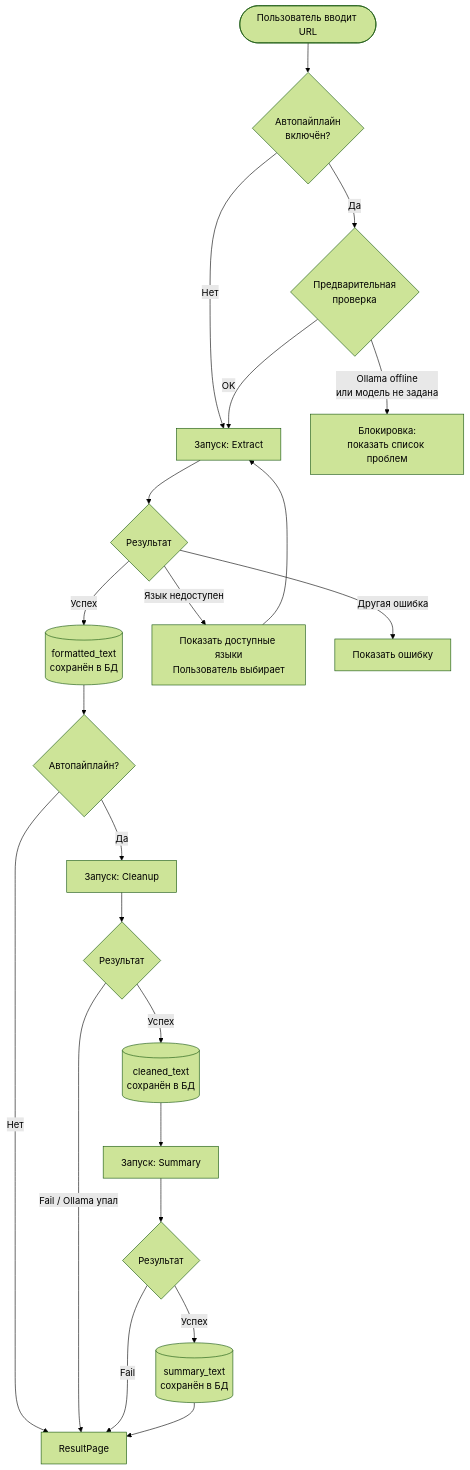
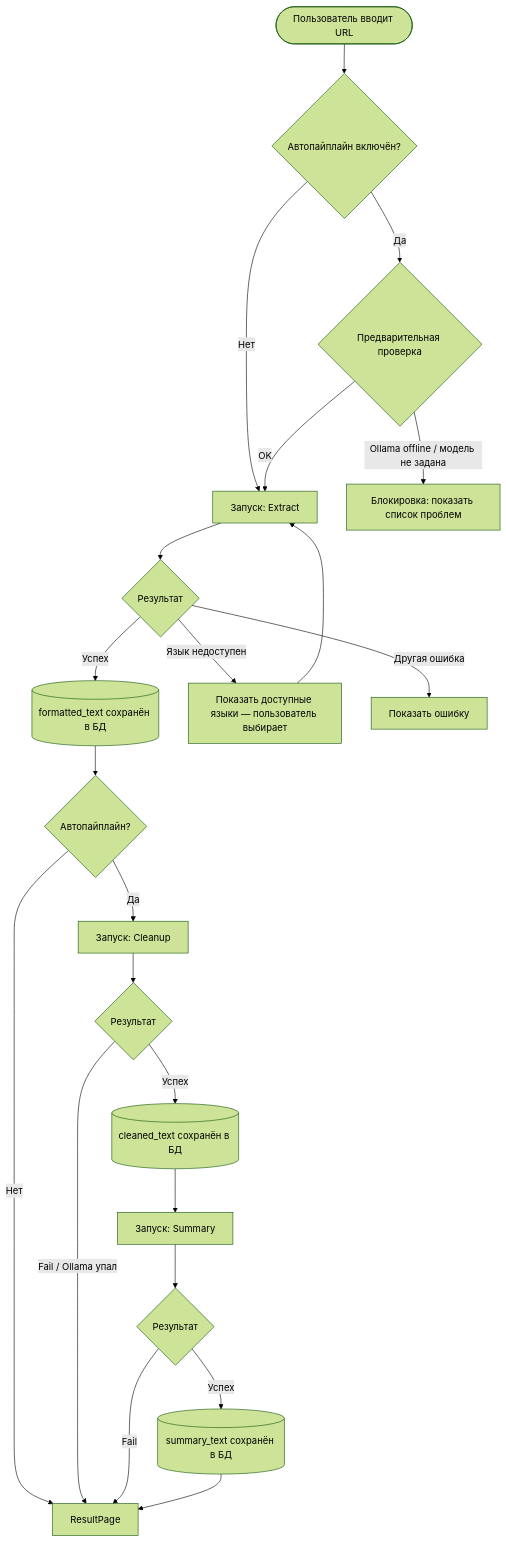
One commit to ioncat/yt-summarizer changed the first of 6 diagrams in docs/system-behavior.md. Above: the diagram before and after it, drawn with Mermaid (forest theme). The commit also changed other lines of this file and 3 other files, not shown here.

````diff
--- a/docs/system-behavior.md
+++ b/docs/system-behavior.md
@@ -11,33 +11,33 @@
 ```mermaid
 flowchart TD
-    A([Пользователь вводит URL]) --> B{Автопайплайн\nвключён?}
+    A([Пользователь вводит URL]) --> B{"Автопайплайн включён?"}
 
     B -->|Нет| C[Запуск: Extract]
-    B -->|Да| PRE{Предварительная\nпроверка}
+    B -->|Да| PRE{"Предварительная проверка"}
 
-    PRE -->|Ollama offline\nили модель не задана| ERR_PRE[Блокировка:\nпоказать список проблем]
+    PRE -->|"Ollama offline / модель не задана"| ERR_PRE["Блокировка: показать список проблем"]
     PRE -->|OK| C
 
     C --> EXTRACT{Результат}
 
-    EXTRACT -->|Успех| FT[(formatted_text\nсохранён в БД)]
-    EXTRACT -->|Язык недоступен| LANG[Показать доступные языки\nПользователь выбирает]
+    EXTRACT -->|Успех| FT[("formatted_text сохранён в БД")]
+    EXTRACT -->|Язык недоступен| LANG["Показать доступные языки — пользователь выбирает"]
     EXTRACT -->|Другая ошибка| ERR_EX[Показать ошибку]
     LANG --> C
 
     FT --> AP{Автопайплайн?}
     AP -->|Нет| RP[ResultPage]
     AP -->|Да| CL[Запуск: Cleanup]
 
     CL --> CL_R{Результат}
-    CL_R -->|Успех| CT[(cleaned_text\nсохранён в БД)]
-    CL_R -->|Fail / Ollama упал| RP
+    CL_R -->|Успех| CT[("cleaned_text сохранён в БД")]
+    CL_R -->|"Fail / Ollama упал"| RP
 
     CT --> SM[Запуск: Summary]
 
     SM --> SM_R{Результат}
-    SM_R -->|Успех| ST[(summary_text\nсохранён в БД)]
+    SM_R -->|Успех| ST[("summary_text сохранён в БД")]
     SM_R -->|Fail| RP
 
     ST --> RP
 ```
````
